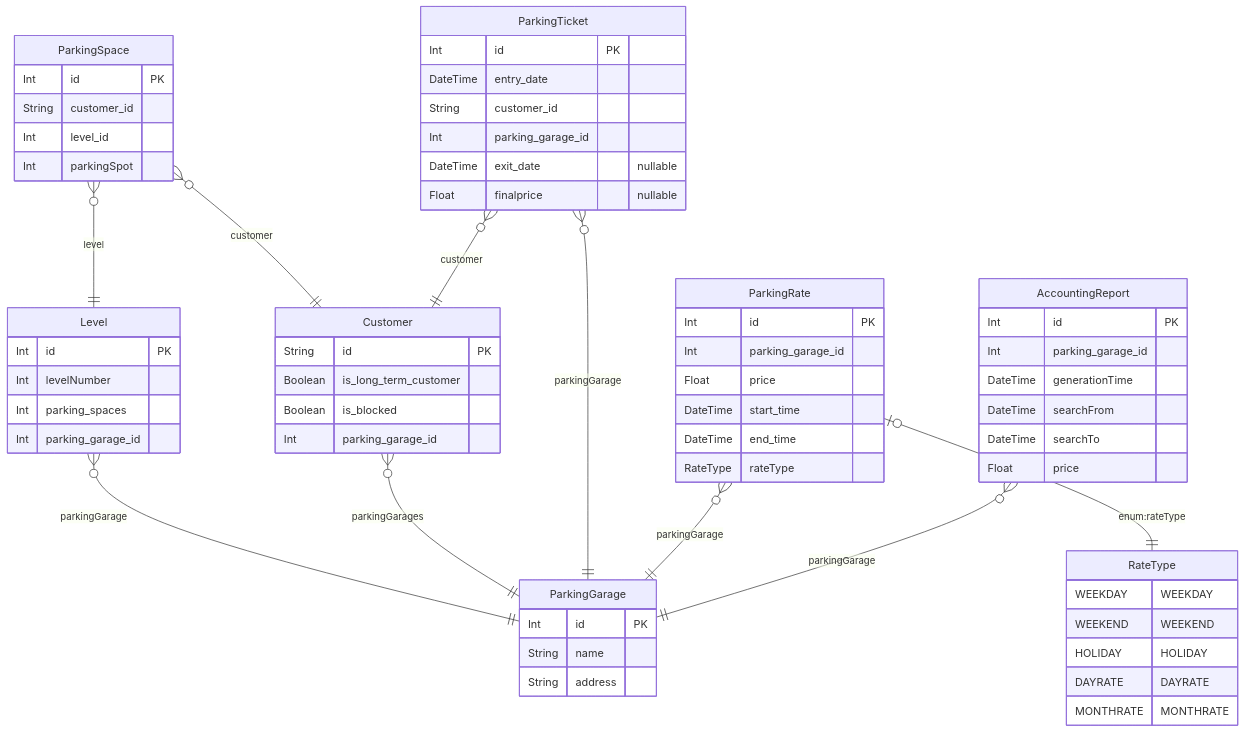
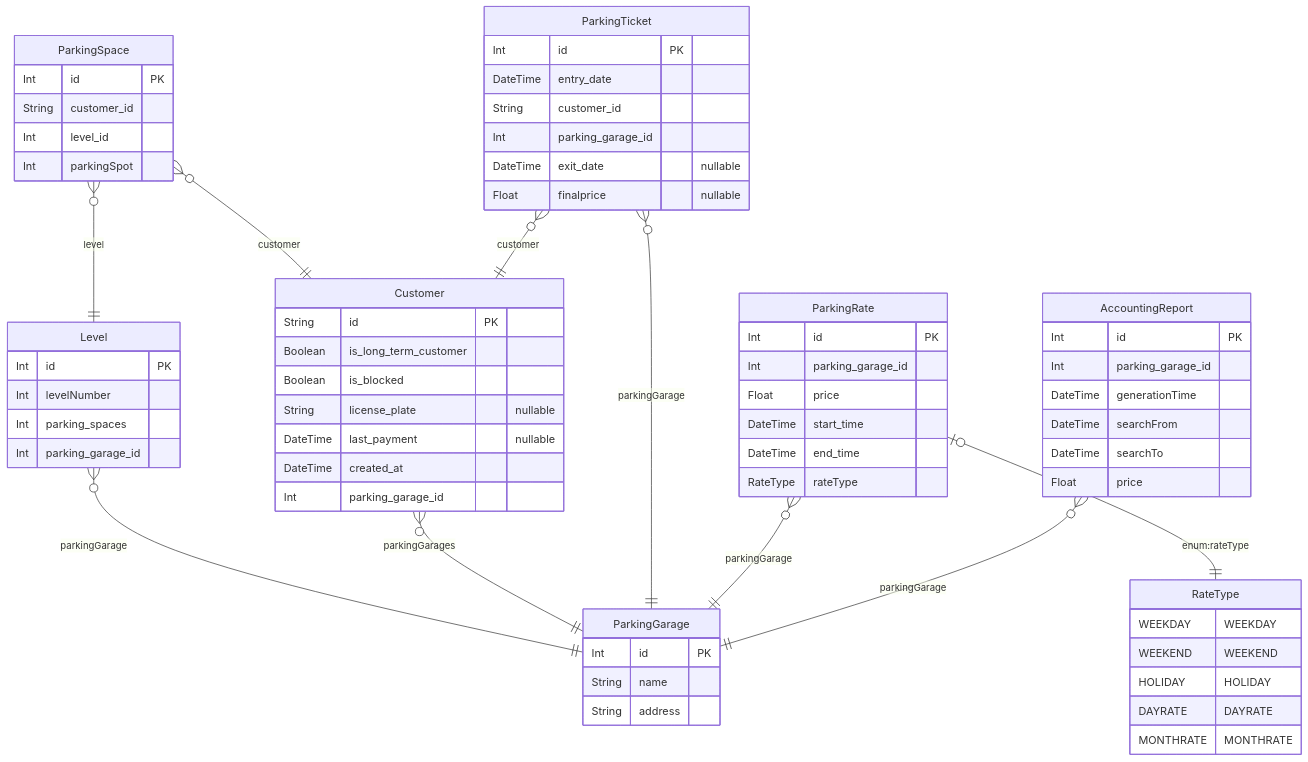
Before and after one commit to DaAlbrecht/parking-garage: the diagram in documentation/erd.md, drawn with Mermaid. The commit also changed 8 other files, not shown here.

```diff
--- a/documentation/erd.md
+++ b/documentation/erd.md
@@ -36,6 +36,9 @@
     String id PK 
     Boolean is_long_term_customer  
     Boolean is_blocked  
+    String license_plate  "nullable"
+    DateTime last_payment  "nullable"
+    DateTime created_at  
     Int parking_garage_id  
     }
   
```
